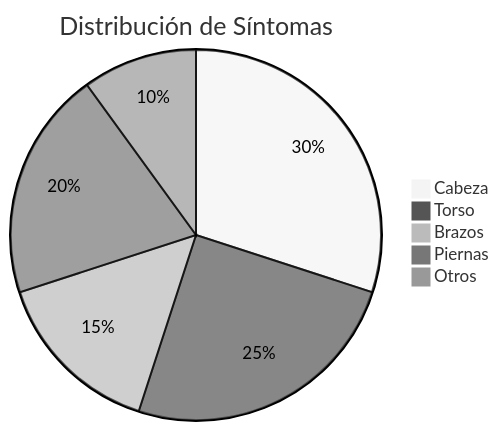
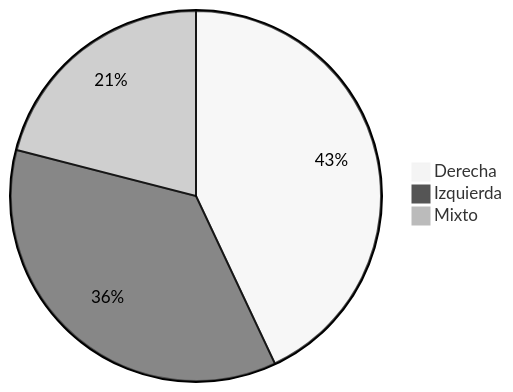
Before and after one commit to MartaGDC/UD6_DesarrolloInterfaces: the second of 8 diagrams in README.md, drawn with Mermaid (neutral theme). The commit also changed other lines of this file, not shown here.

````diff
--- a/README.md
+++ b/README.md
@@ -81,9 +72,6 @@
 ```mermaid
 pie
-    title Distribución de Síntomas
-    "Cabeza": 30
-    "Torso": 25
-    "Brazos": 15
-    "Piernas": 20
-    "Otros": 10
+    "Derecha": 43
+    "Izquierda": 36
+    "Mixto": 21
 ```
````
